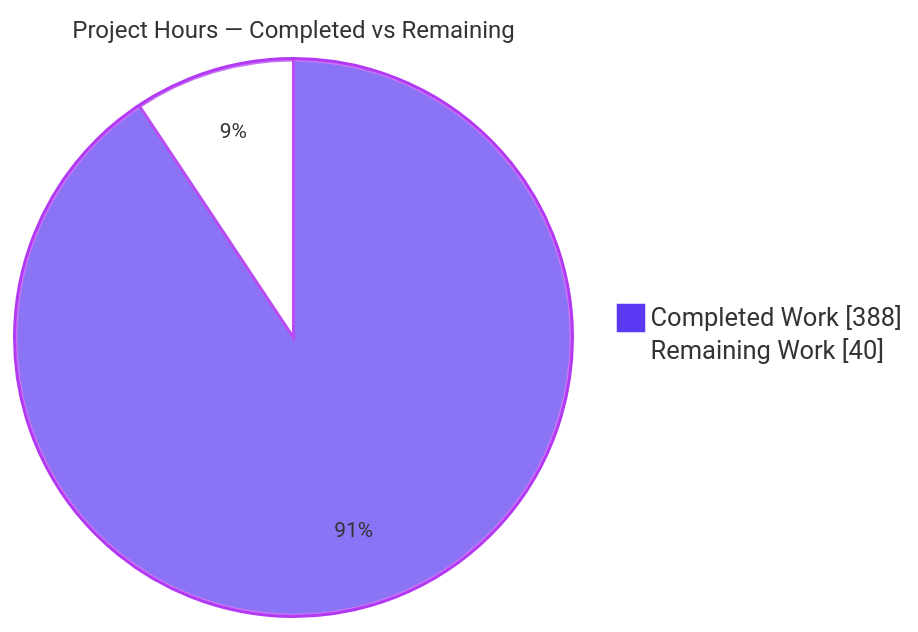
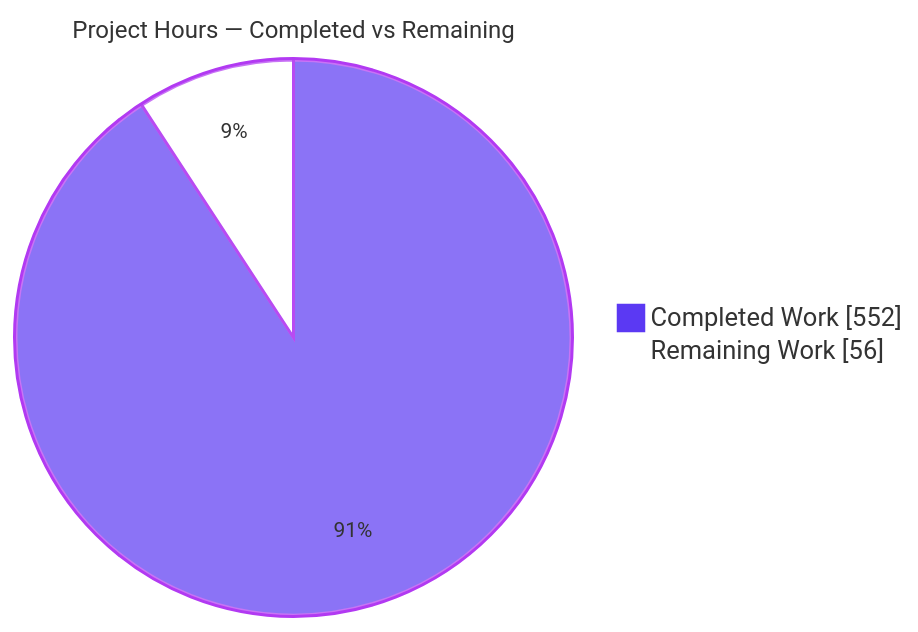
One commit to Blitzy-Sandbox/blitzy-ArkCase changed the second of 3 diagrams in blitzy/documentation/Project Guide.md. Above: the diagram before and after it, drawn with Mermaid. The commit also changed other lines of this file, not shown here.

Commit message:
Adding Blitzy Project Guide: Project Status and Human Tasks Remaining

````diff
--- a/blitzy/documentation/Project Guide.md
+++ b/blitzy/documentation/Project Guide.md
@@ -269,7 +255,7 @@
 ```mermaid
 %%{init: {'theme':'base', 'themeVariables': {'pie1':'#5B39F3','pie2':'#FFFFFF','pieStrokeColor':'#B23AF2','pieStrokeWidth':'2px','pieOuterStrokeColor':'#B23AF2','pieTitleTextSize':'16px','pieSectionTextSize':'14px'}}}%%
 pie showData
     title Project Hours — Completed vs Remaining
-    "Completed Work" : 388
-    "Remaining Work" : 40
+    "Completed Work" : 552
+    "Remaining Work" : 56
 ```
````
